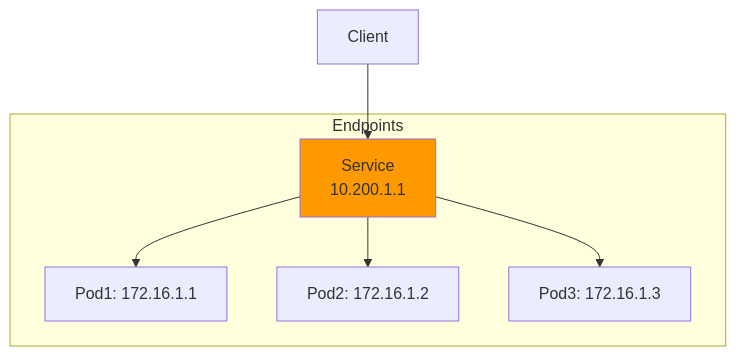
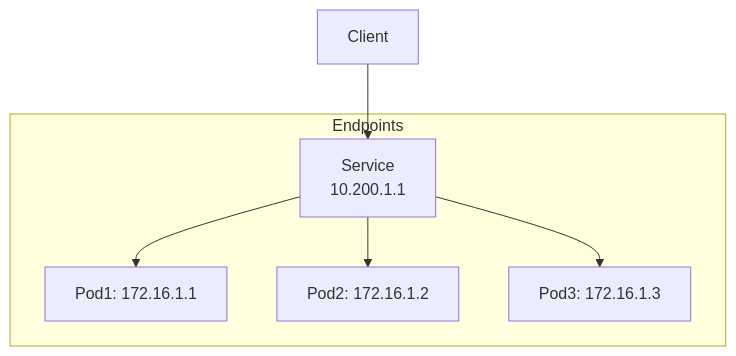
Diagram 12 of 25 in docs/eks/week2-networking.md (juwon8891/juwon8891.github.io), drawn with Mermaid before and after one commit. The commit also changed other lines of this file and 18 other files, not shown here.

Commit message:
Remove bright colors from Mermaid diagrams for dark mode compatibility

````diff
--- a/docs/eks/week2-networking.md
+++ b/docs/eks/week2-networking.md
@@ -617,12 +602,11 @@
 ```mermaid
 graph TB
     A[Client] --> B[Service<br/>10.200.1.1]
 
     subgraph "Endpoints"
         B --> C[Pod1: 172.16.1.1]
         B --> D[Pod2: 172.16.1.2]
         B --> E[Pod3: 172.16.1.3]
     end
 
-    style B fill:#ff9900
 ```
````
